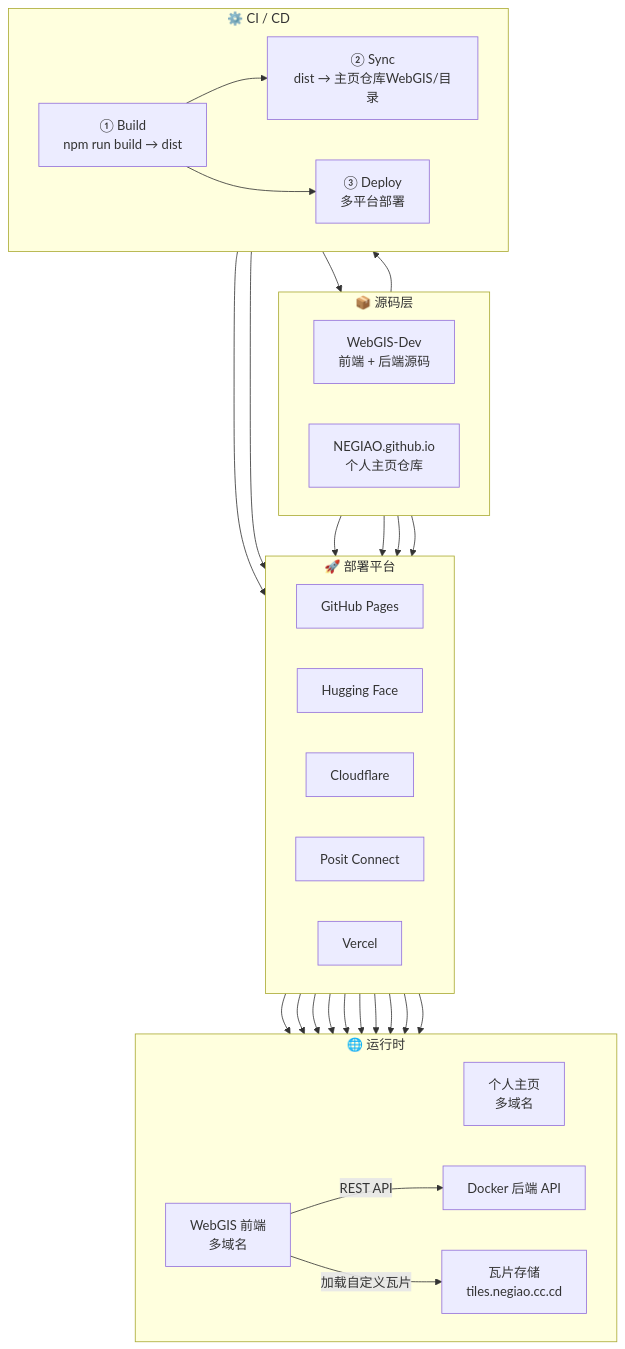
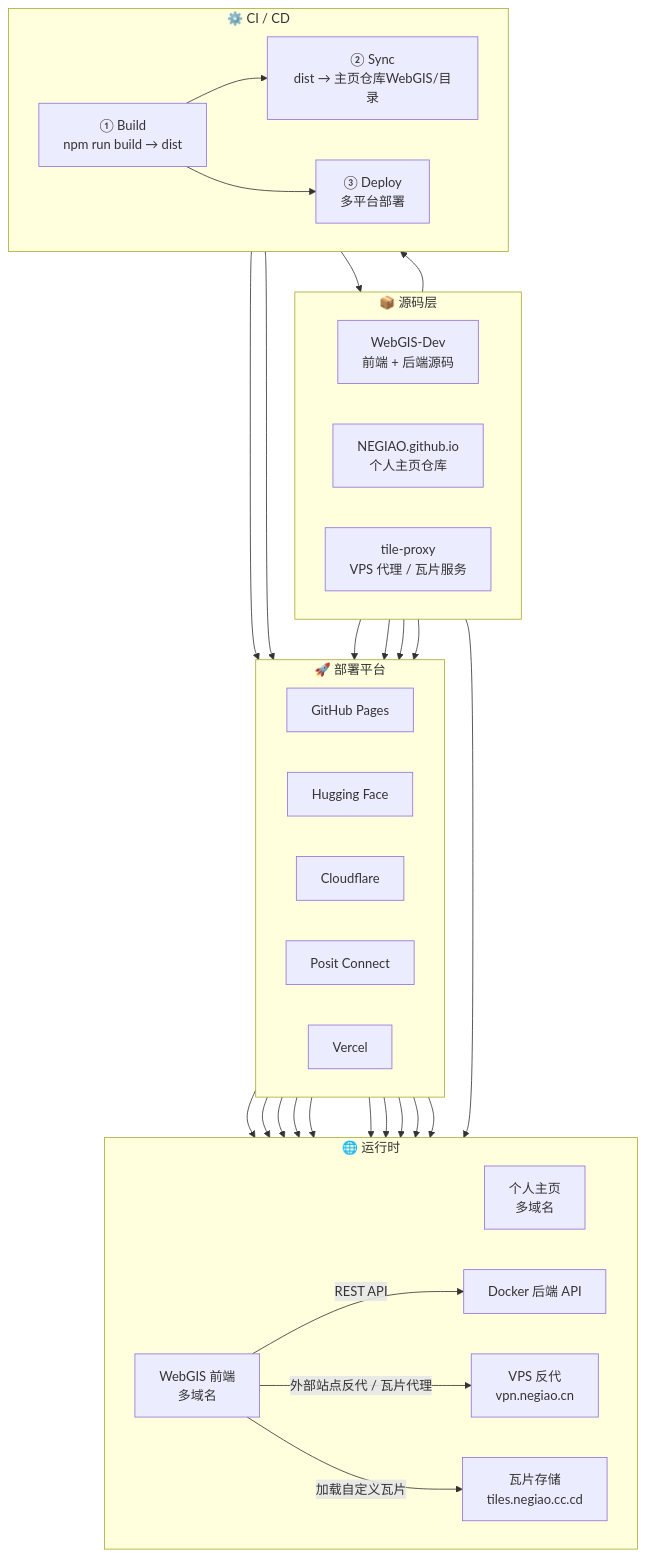
The diagram in README.md (NEGIAO/WebGIS-Dev), drawn with Mermaid before and after one commit. The commit also changed other lines of this file and 3 other files, not shown here.

````diff
--- a/README.md
+++ b/README.md
@@ -246,66 +337,72 @@
 ```mermaid
 flowchart TB
     subgraph SRC["📦 源码层"]
         direction LR
         REPO_DEV["WebGIS-Dev
 前端 + 后端源码"]
         REPO_HOME["NEGIAO.github.io
 个人主页仓库"]
+        REPO_PROXY["tile-proxy
+VPS 代理 / 瓦片服务"]
     end
 
     subgraph CI["⚙️ CI / CD"]
         direction LR
         JOB_BUILD["① Build
 npm run build → dist"]
         JOB_SYNC["② Sync
 dist → 主页仓库WebGIS/目录"]
         JOB_DEPLOY["③ Deploy
 多平台部署"]
     end
 
     subgraph DPL["🚀 部署平台"]
         direction LR
         P_GH["GitHub Pages"]
         P_HF["Hugging Face"]
         P_CF["Cloudflare"]
         P_PC["Posit Connect"]
         P_VC["Vercel"]
     end
 
     subgraph RT["🌐 运行时"]
         direction LR
         FE_HOME["个人主页
 多域名"]
         FE_WEBGIS["WebGIS 前端
 多域名"]
         BE["Docker 后端 API"]
+        PR["VPS 反代
+vpn.negiao.cn"]
         R2["瓦片存储
 tiles.negiao.cc.cd"]
     end
 
     REPO_DEV --> JOB_BUILD
+    REPO_PROXY --> PR
     JOB_BUILD --> JOB_SYNC
     JOB_SYNC --> REPO_HOME
     JOB_BUILD --> JOB_DEPLOY
 
     JOB_DEPLOY --> P_GH
     JOB_DEPLOY --> P_HF
     REPO_HOME --> P_GH
     REPO_HOME --> P_CF
     REPO_HOME --> P_PC
     REPO_HOME --> P_VC
 
     P_GH --> FE_HOME
     P_GH --> FE_WEBGIS
     P_HF --> FE_WEBGIS
     P_CF --> FE_HOME
     P_CF --> FE_WEBGIS
     P_PC --> FE_HOME
     P_PC --> FE_WEBGIS
     P_VC --> FE_HOME
     P_VC --> FE_WEBGIS
     P_HF --> BE
 
     FE_WEBGIS -->|"REST API"| BE
+    FE_WEBGIS -->|"外部站点反代 / 瓦片代理"| PR
     FE_WEBGIS -->|"加载自定义瓦片"| R2
 ```
````
